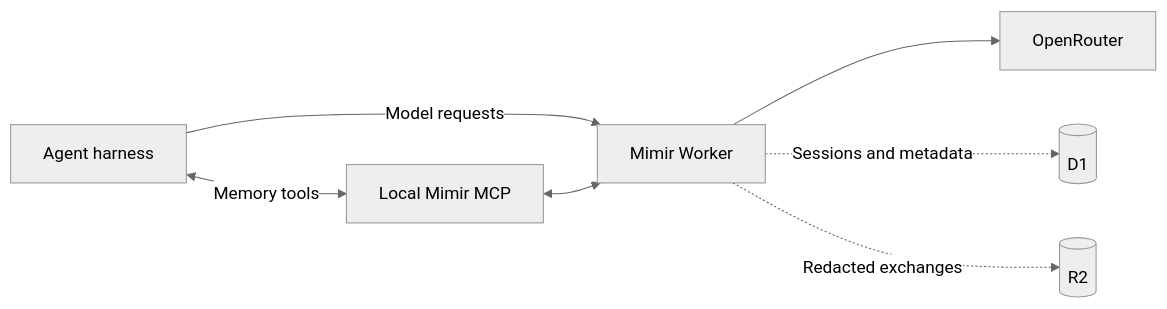
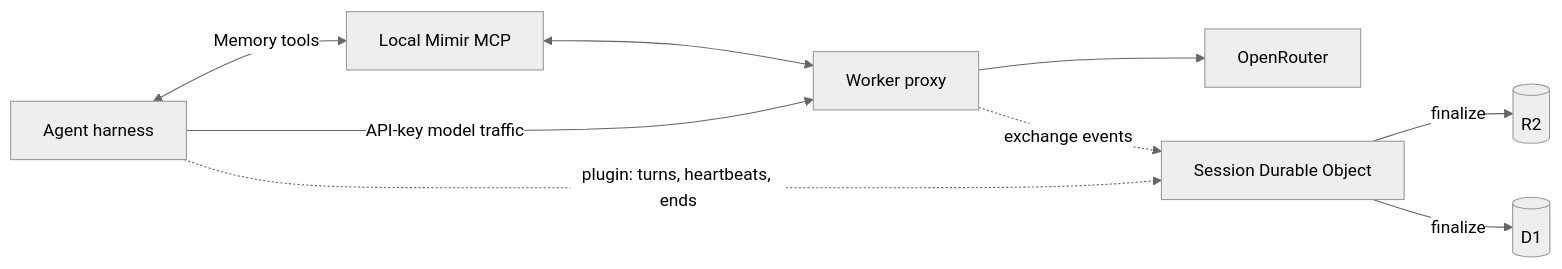
One commit to cloudboy-jh/Mimir changed the diagram in README.md. Above: the diagram before and after it, drawn with Mermaid (neutral theme). The commit also changed other lines of this file and 1 other file, not shown here.

````diff
--- a/README.md
+++ b/README.md
@@ -31,9 +31,11 @@
 ```mermaid
 flowchart LR
-    H[Agent harness] -->|Model requests| W[Mimir Worker]
+    H[Agent harness] -->|API-key model traffic| W[Worker proxy]
     W --> O[OpenRouter]
-    W -.->|Sessions and metadata| D[(D1)]
-    W -.->|Redacted exchanges| R[(R2)]
+    H -.->|plugin: turns, heartbeats, ends| S[Session Durable Object]
+    W -.->|exchange events| S
+    S -->|finalize| R[(R2)]
+    S -->|finalize| D[(D1)]
     H <-->|Memory tools| M[Local Mimir MCP]
     M <--> W
 ```
````
